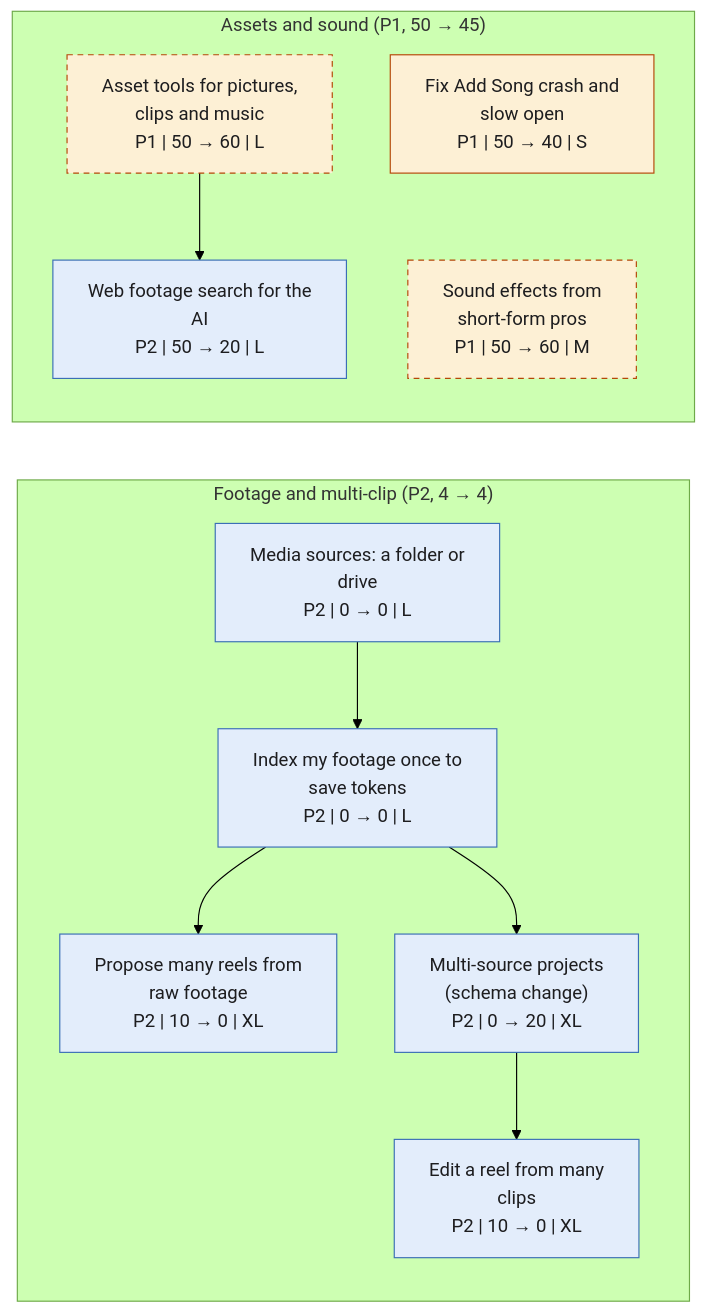
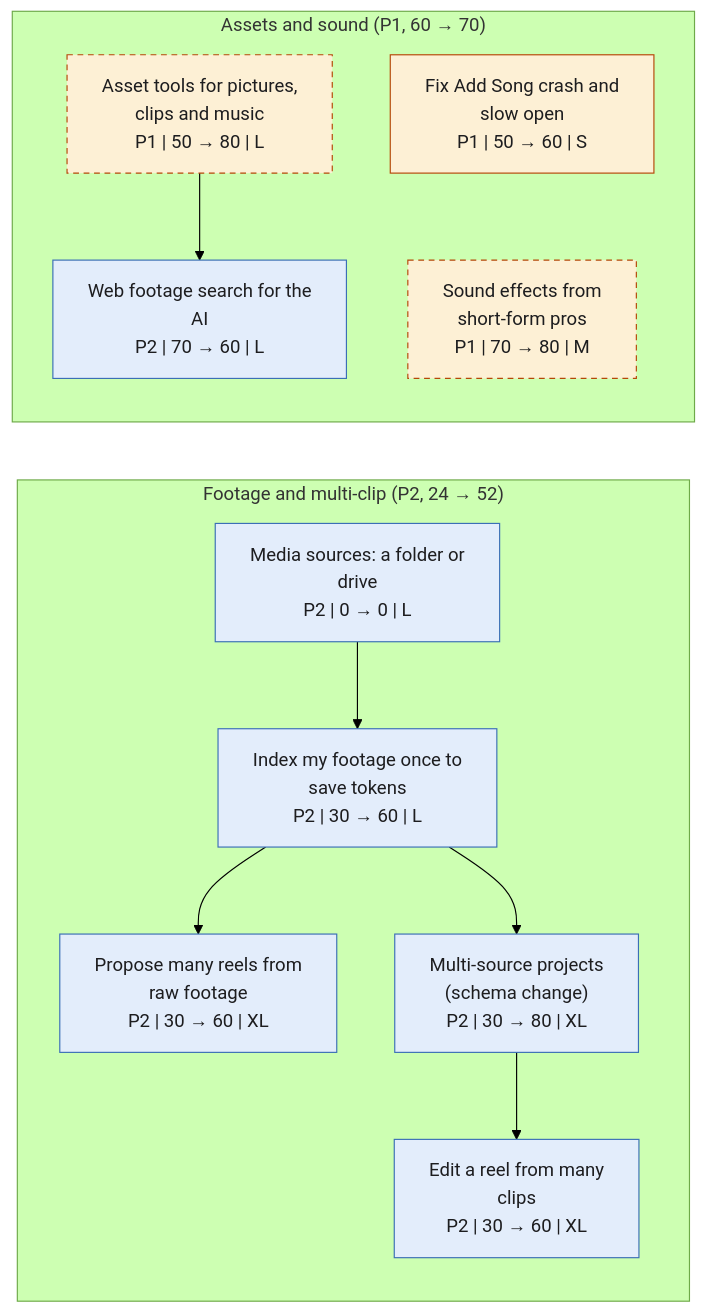
The fifth of 8 diagrams in roadmap-graphs.md (SamGu-NRX/reel-studio-app), drawn with Mermaid (forest theme) before and after one commit. The commit also changed other lines of this file and 7 other files, not shown here.

First line of the commit message:
docs: roadmap snapshot 2026-11-05

````diff
--- a/roadmap-graphs.md
+++ b/roadmap-graphs.md
@@ -256,33 +260,34 @@
 ```mermaid
 flowchart LR
-    subgraph n_ep_footage_g["Footage and multi-clip (P2, 4 → 4)"]
-        n_raw_to_many_reels["Propose many reels from<br/>raw footage<br/>P2 | 10 → 0 | XL"]
-        n_multi_clip_editing["Edit a reel from many<br/>clips<br/>P2 | 10 → 0 | XL"]
-        n_smart_indexing["Index my footage once to<br/>save tokens<br/>P2 | 0 → 0 | L"]
+    subgraph n_ep_footage_g["Footage and multi-clip (P2, 24 → 52)"]
         n_media_drive["Media sources: a folder or<br/>drive<br/>P2 | 0 → 0 | L"]
-        n_mc_sources["Multi-source projects<br/>(schema change)<br/>P2 | 0 → 20 | XL"]
+        n_raw_to_many_reels["Propose many reels from<br/>raw footage<br/>P2 | 30 → 60 | XL"]
+        n_multi_clip_editing["Edit a reel from many<br/>clips<br/>P2 | 30 → 60 | XL"]
+        n_smart_indexing["Index my footage once to<br/>save tokens<br/>P2 | 30 → 60 | L"]
+        n_mc_sources["Multi-source projects<br/>(schema change)<br/>P2 | 30 → 80 | XL"]
     end
-    subgraph n_ep_assets_g["Assets and sound (P1, 50 → 45)"]
-        n_add_song_crash["Fix Add Song crash and<br/>slow open<br/>P1 | 50 → 40 | S"]
-        n_sfx_pack["Sound effects from<br/>short-form pros<br/>P1 | 50 → 60 | M"]
-        n_asset_tools["Asset tools for pictures,<br/>clips and music<br/>P1 | 50 → 60 | L"]
-        n_footage_search["Web footage search for the<br/>AI<br/>P2 | 50 → 20 | L"]
+    subgraph n_ep_assets_g["Assets and sound (P1, 60 → 70)"]
+        n_add_song_crash["Fix Add Song crash and<br/>slow open<br/>P1 | 50 → 60 | S"]
+        n_sfx_pack["Sound effects from<br/>short-form pros<br/>P1 | 70 → 80 | M"]
+        n_asset_tools["Asset tools for pictures,<br/>clips and music<br/>P1 | 50 → 80 | L"]
+        n_footage_search["Web footage search for the<br/>AI<br/>P2 | 70 → 60 | L"]
     end
     n_smart_indexing --> n_raw_to_many_reels
     n_mc_sources --> n_multi_clip_editing
     n_media_drive --> n_smart_indexing
     n_smart_indexing --> n_mc_sources
     n_asset_tools --> n_footage_search
     n_add_song_crash ~~~ n_sfx_pack
     classDef p0 fill:#fde4e1,stroke:#b42318,color:#1d1d1f
     classDef p1 fill:#fdf0d5,stroke:#b54708,color:#1d1d1f
     classDef p2 fill:#e3edfb,stroke:#3b6fb6,color:#1d1d1f
     classDef p3 fill:#eeeeef,stroke:#8a8a8f,color:#1d1d1f
+    classDef dropped fill:#ffffff,stroke:#b0b0b5,color:#8a8a8f
     classDef outside fill:#ffffff,stroke:#b0b0b5,color:#6b6b70,stroke-dasharray:2 2
     classDef blocker fill:#ffffff,stroke:#6b6b70,color:#1d1d1f,stroke-dasharray:5 4
     classDef waits stroke-dasharray:5 4
     classDef hardest stroke:#7a1010,stroke-width:4px
-    class n_raw_to_many_reels,n_multi_clip_editing,n_smart_indexing,n_media_drive,n_mc_sources,n_footage_search p2
+    class n_media_drive,n_raw_to_many_reels,n_multi_clip_editing,n_smart_indexing,n_mc_sources,n_footage_search p2
     class n_add_song_crash,n_sfx_pack,n_asset_tools p1
     class n_sfx_pack,n_asset_tools waits
 ```
````
